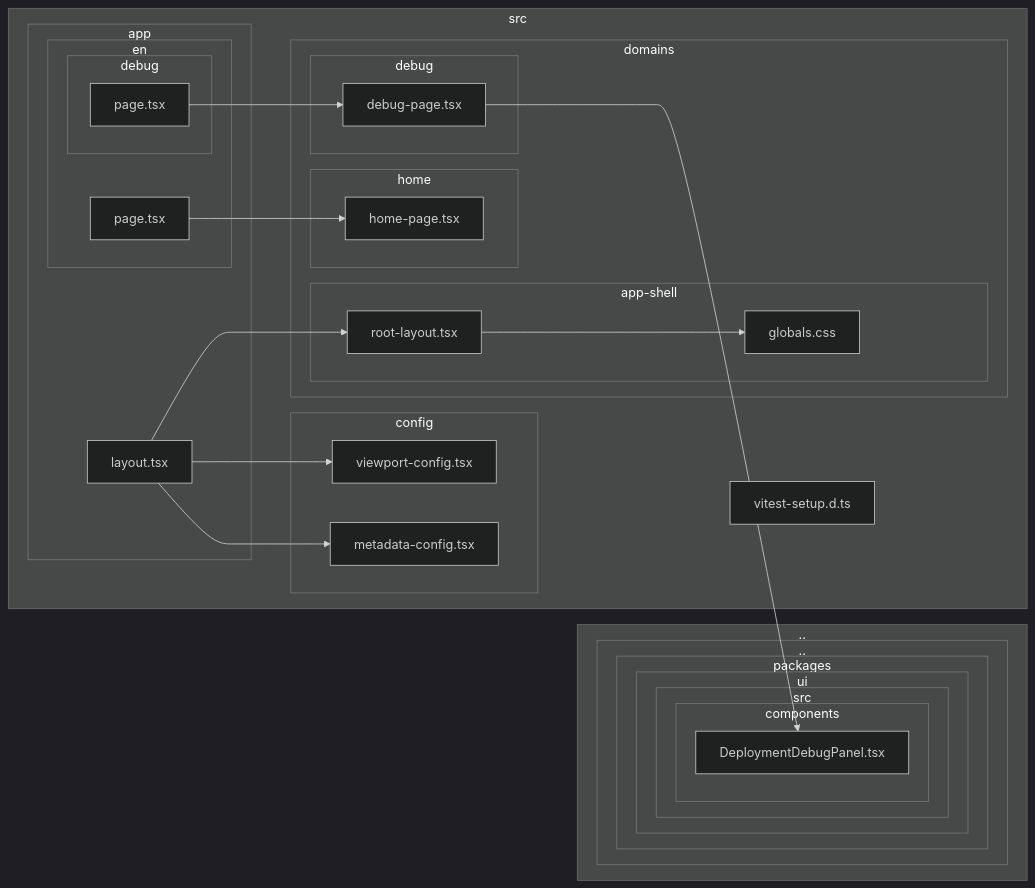
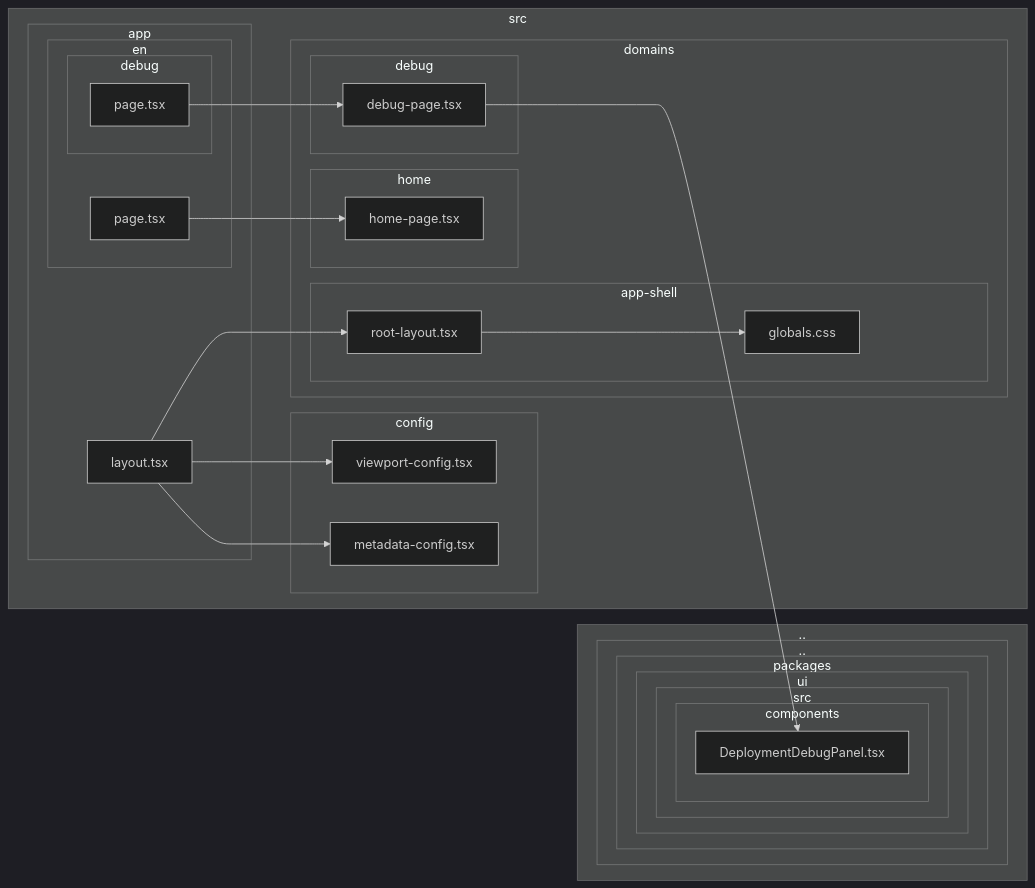
Before and after one commit to kartuli-app/kartuli: the diagram in diagrams/output/diagram-backoffice-client.mmd, drawn with Mermaid (dark theme). The commit also changed 10 other files, not shown here.

Commit message:
chore(diagrams): update dependency-cruiser configuration to exclude additional files and regenerate diagrams

```diff
--- a/diagrams/output/diagram-backoffice-client.mmd
+++ b/diagrams/output/diagram-backoffice-client.mmd
@@ -1,50 +1,49 @@
 flowchart LR
 
 subgraph 0["src"]
 subgraph 1["app"]
 subgraph 2["en"]
 subgraph 3["debug"]
 4["page.tsx"]
 end
 F["page.tsx"]
 end
 I["layout.tsx"]
 end
 subgraph 5["domains"]
 subgraph 6["debug"]
 7["debug-page.tsx"]
 end
 subgraph G["home"]
 H["home-page.tsx"]
 end
 subgraph M["app-shell"]
 N["root-layout.tsx"]
 O["globals.css"]
 end
 end
 subgraph J["config"]
 K["metadata-config.tsx"]
 L["viewport-config.tsx"]
 end
-P["vitest-setup.d.ts"]
 end
 subgraph 8[".."]
 subgraph 9[".."]
 subgraph A["packages"]
 subgraph B["ui"]
 subgraph C["src"]
 subgraph D["components"]
 E["DeploymentDebugPanel.tsx"]
 end
 end
 end
 end
 end
 end
 4-->7
 7-->E
 F-->H
 I-->K
 I-->L
 I-->N
 N-->O
```
